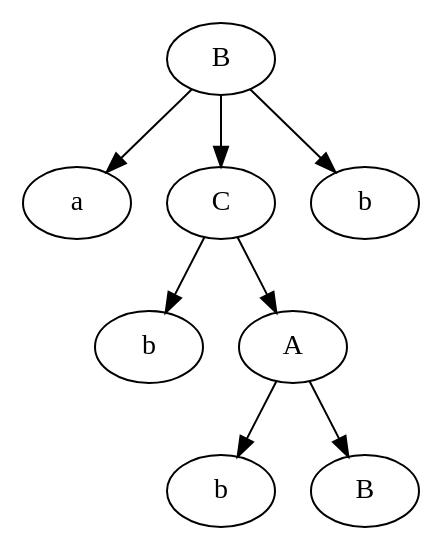
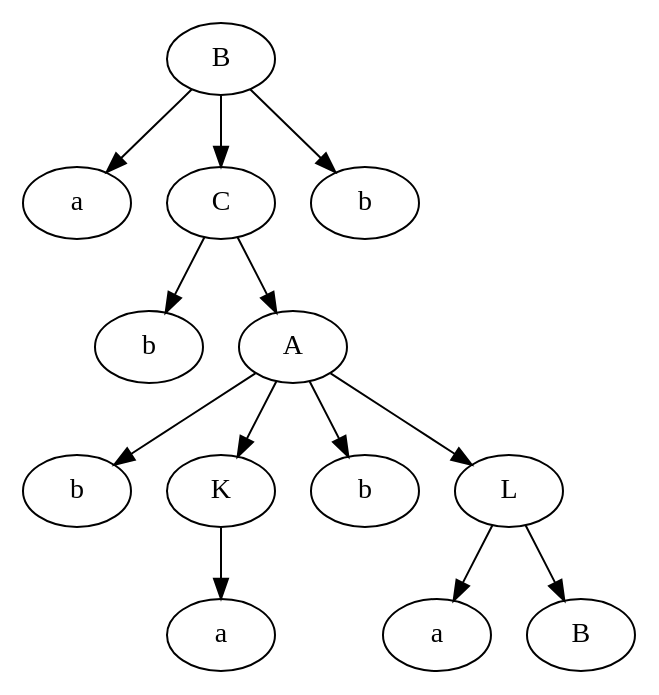
One commit to Barashkov-GO/tfl_lab3 changed the diagram in results/test5_B.gv. Above: the diagram before and after it, drawn with Graphviz. The commit also changed 8 other files, not shown here.

```diff
--- a/results/test5_B.gv
+++ b/results/test5_B.gv
@@ -1,18 +1,28 @@
 digraph G {
 	0[label="B"]
 	1[label="a"]
-	6[label="C"]
+	11[label="C"]
 	2[label="b"]
-	5[label="A"]
+	10[label="A"]
 	3[label="b"]
-	4[label="B"]
-	5->3
+	5[label="K"]
+	4[label="a"]
 	5->4
-	6->2
-	6->5
-	7[label="b"]
+	6[label="b"]
+	9[label="L"]
+	7[label="a"]
+	8[label="B"]
+	9->7
+	9->8
+	10->3
+	10->5
+	10->6
+	10->9
+	11->2
+	11->10
+	12[label="b"]
 	0->1
-	0->6
-	0->7
+	0->11
+	0->12
 
 }
```
